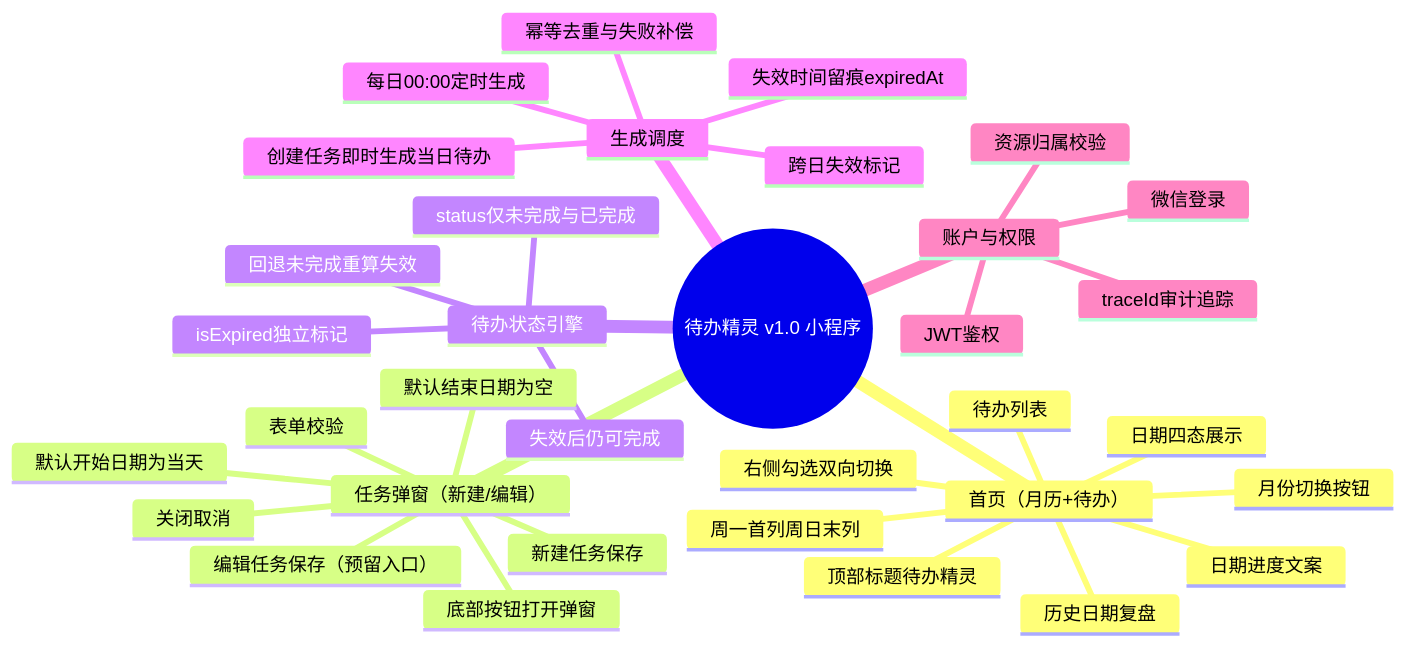
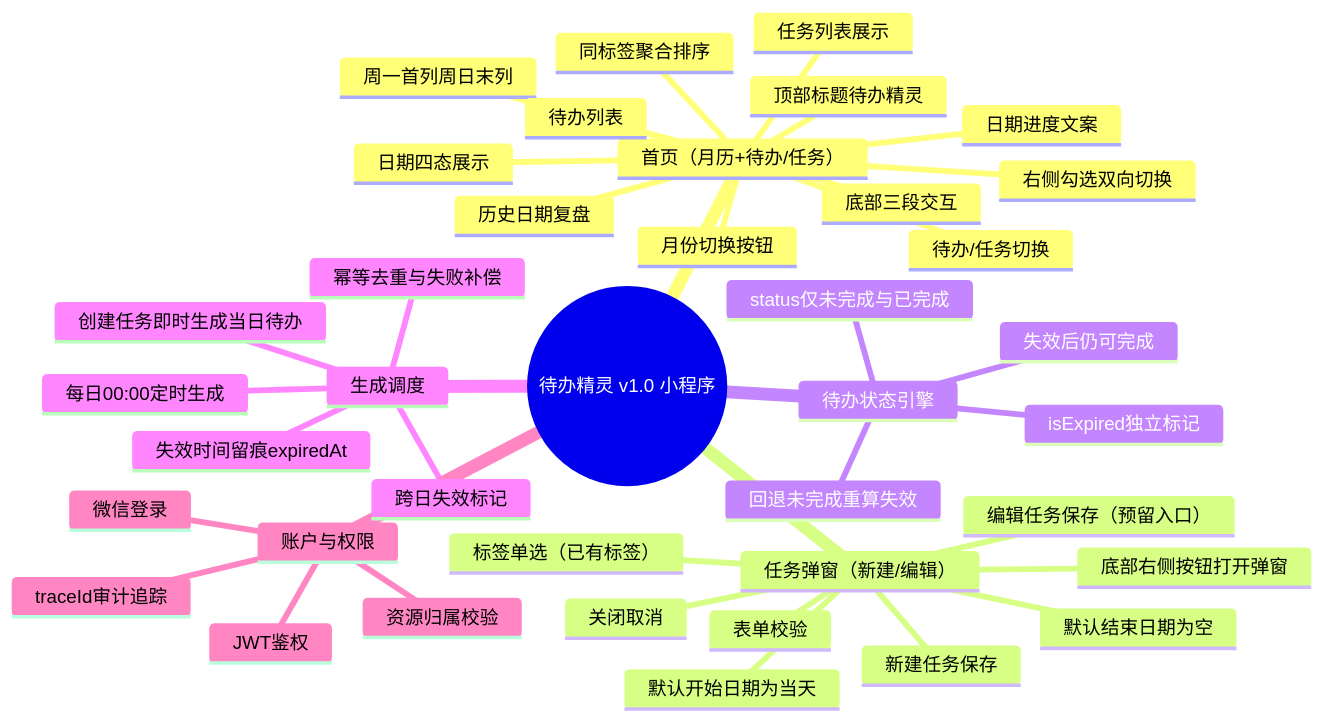
Before and after one commit to xietian-hash/todofairy: the third of 3 diagrams in .document/AI-PRD.md, drawn with Mermaid. The commit also changed other lines of this file and 20 other files, not shown here.

````diff
--- a/.document/AI-PRD.md
+++ b/.document/AI-PRD.md
@@ -277,37 +308,42 @@
 ```mermaid
 mindmap
   root((待办精灵 v1.0 小程序))
-    首页（月历+待办）
+    首页（月历+待办/任务）
       顶部标题待办精灵
       月份切换按钮
       周一首列周日末列
+      底部三段交互
+      待办/任务切换
       日期四态展示
       日期进度文案
       待办列表
+      同标签聚合排序
       右侧勾选双向切换
       历史日期复盘
+      任务列表展示
     任务弹窗（新建/编辑）
-      底部按钮打开弹窗
+      底部右侧按钮打开弹窗
       默认开始日期为当天
       默认结束日期为空
+      标签单选（已有标签）
       表单校验
       新建任务保存
       编辑任务保存（预留入口）
       关闭取消
     待办状态引擎
       status仅未完成与已完成
       isExpired独立标记
       失效后仍可完成
       回退未完成重算失效
     生成调度
       创建任务即时生成当日待办
       每日00:00定时生成
       跨日失效标记
       失效时间留痕expiredAt
       幂等去重与失败补偿
     账户与权限
       微信登录
       JWT鉴权
       资源归属校验
       traceId审计追踪
 ```
````
